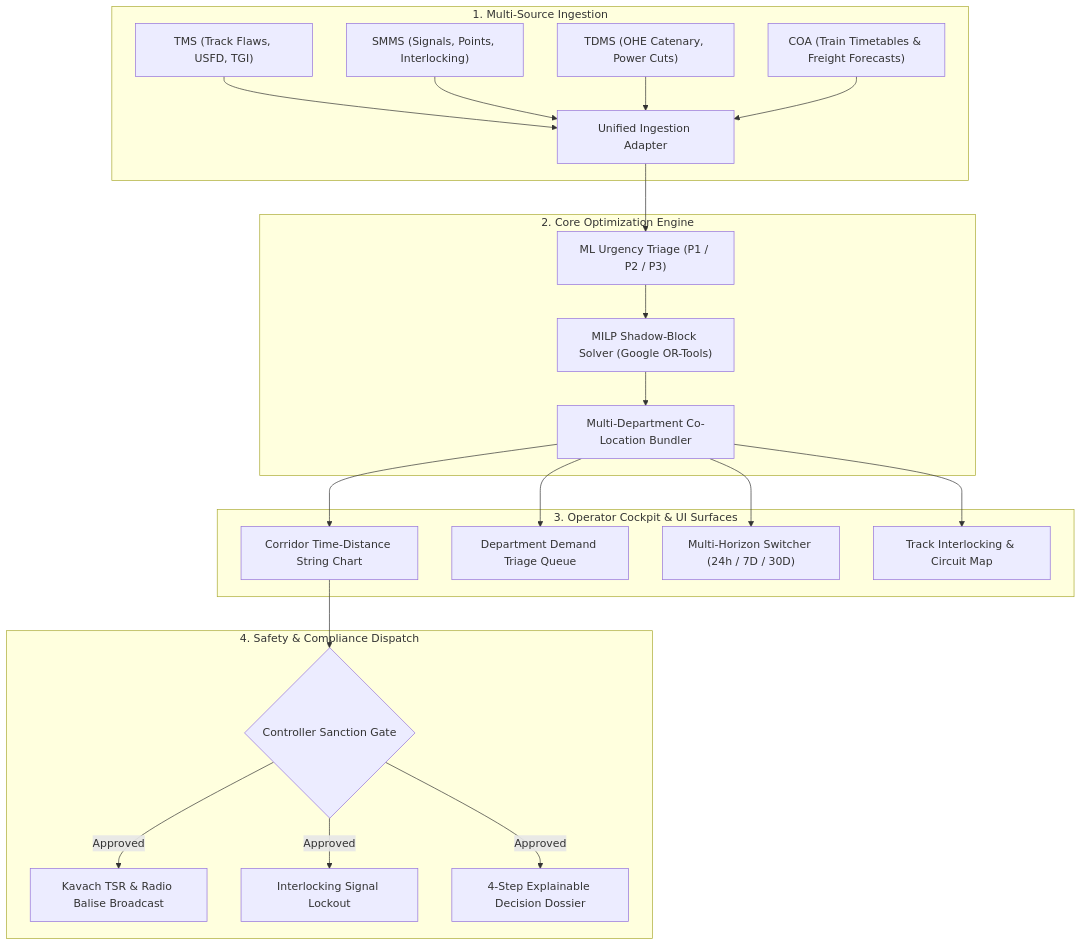
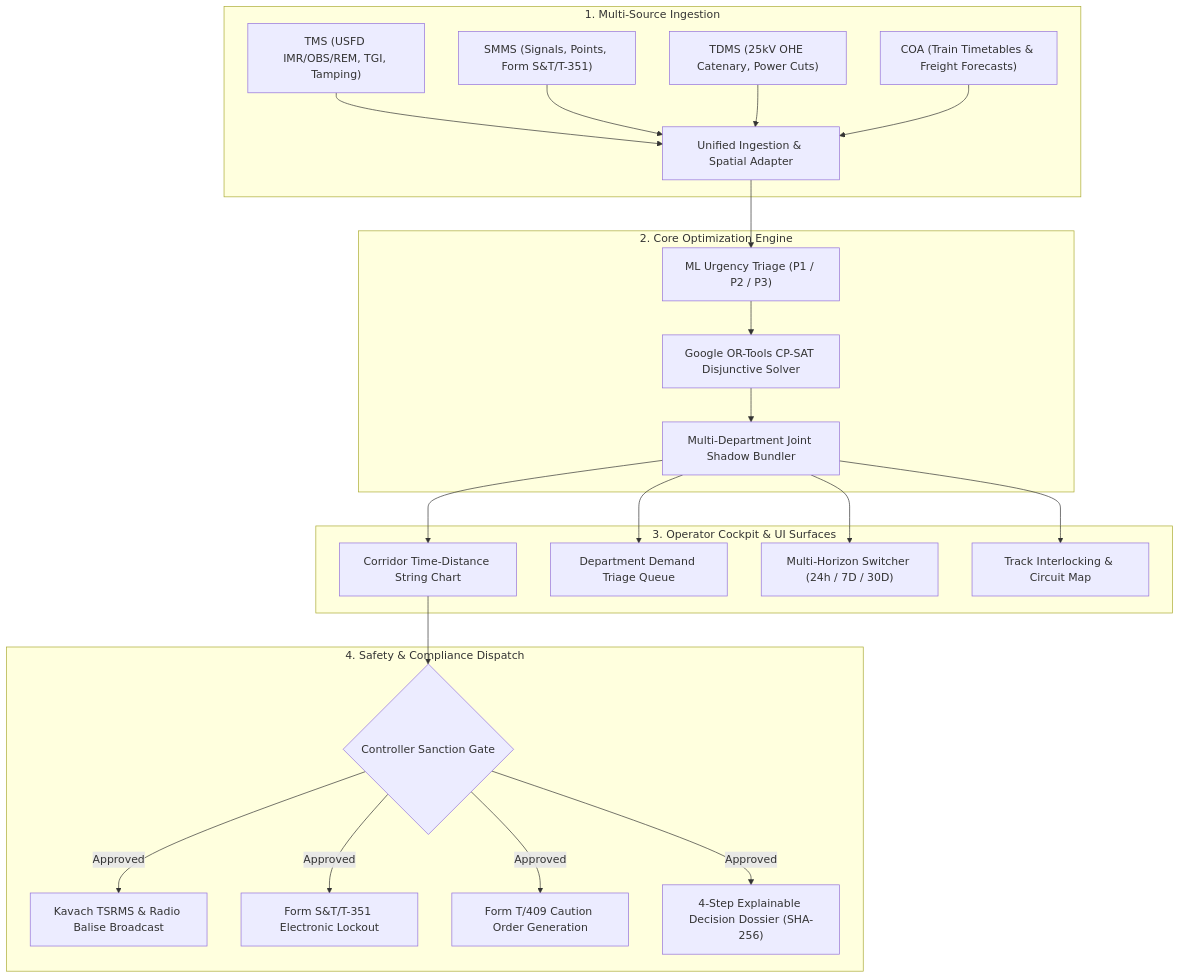
One commit to ritam413/RailSuraksha-AI- changed the diagram in docs/prd.md. Above: the diagram before and after it, drawn with Mermaid. The commit also changed other lines of this file and 42 other files, not shown here.

````diff
--- a/docs/prd.md
+++ b/docs/prd.md
@@ -47,29 +48,30 @@
 ```mermaid
 graph TD
     subgraph "1. Multi-Source Ingestion"
-        TMS["TMS (Track Flaws, USFD, TGI)"] --> Ingest["Unified Ingestion Adapter"]
-        SMMS["SMMS (Signals, Points, Interlocking)"] --> Ingest
-        TDMS["TDMS (OHE Catenary, Power Cuts)"] --> Ingest
+        TMS["TMS (USFD IMR/OBS/REM, TGI, Tamping)"] --> Ingest["Unified Ingestion & Spatial Adapter"]
+        SMMS["SMMS (Signals, Points, Form S&T/T-351)"] --> Ingest
+        TDMS["TDMS (25kV OHE Catenary, Power Cuts)"] --> Ingest
         COA["COA (Train Timetables & Freight Forecasts)"] --> Ingest
     end
 
     subgraph "2. Core Optimization Engine"
         Ingest --> Triage["ML Urgency Triage (P1 / P2 / P3)"]
-        Triage --> Solver["MILP Shadow-Block Solver (Google OR-Tools)"]
-        Solver --> Bundler["Multi-Department Co-Location Bundler"]
+        Triage --> Solver["Google OR-Tools CP-SAT Disjunctive Solver"]
+        Solver --> Bundler["Multi-Department Joint Shadow Bundler"]
     end
 
     subgraph "3. Operator Cockpit & UI Surfaces"
         Bundler --> Gantt["Corridor Time-Distance String Chart"]
         Bundler --> Queue["Department Demand Triage Queue"]
         Bundler --> Switcher["Multi-Horizon Switcher (24h / 7D / 30D)"]
         Bundler --> Interlocking["Track Interlocking & Circuit Map"]
     end
 
     subgraph "4. Safety & Compliance Dispatch"
         Gantt --> Sanction{"Controller Sanction Gate"}
-        Sanction -->|Approved| Kavach["Kavach TSR & Radio Balise Broadcast"]
-        Sanction -->|Approved| InterlockLock["Interlocking Signal Lockout"]
-        Sanction -->|Approved| Dossier["4-Step Explainable Decision Dossier"]
+        Sanction -->|Approved| Kavach["Kavach TSRMS & Radio Balise Broadcast"]
+        Sanction -->|Approved| InterlockLock["Form S&T/T-351 Electronic Lockout"]
+        Sanction -->|Approved| CautionOrder["Form T/409 Caution Order Generation"]
+        Sanction -->|Approved| Dossier["4-Step Explainable Decision Dossier (SHA-256)"]
     end
 ```
````
